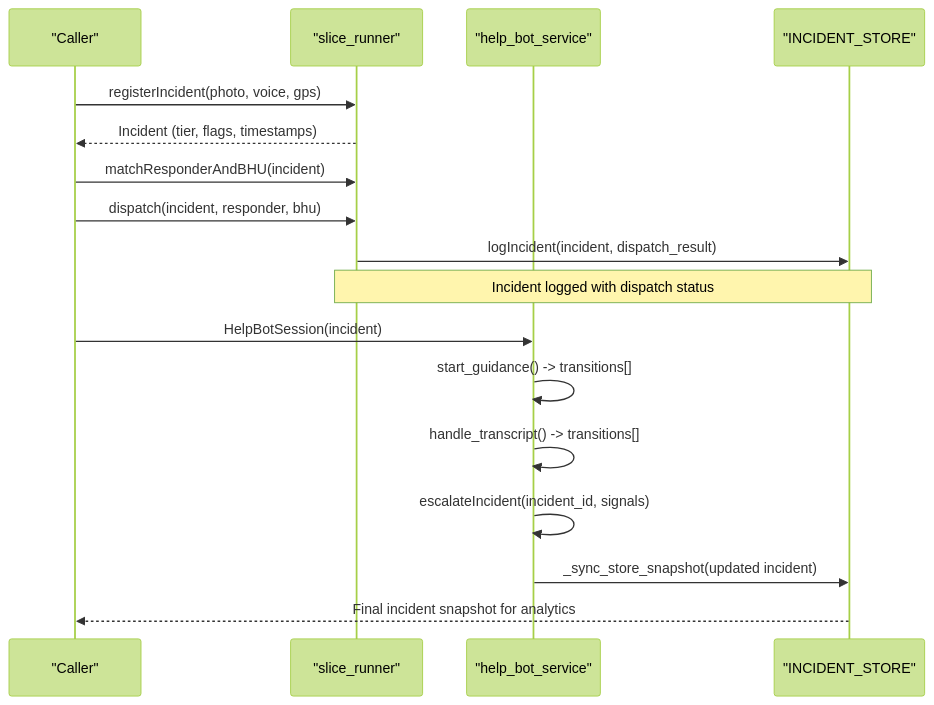
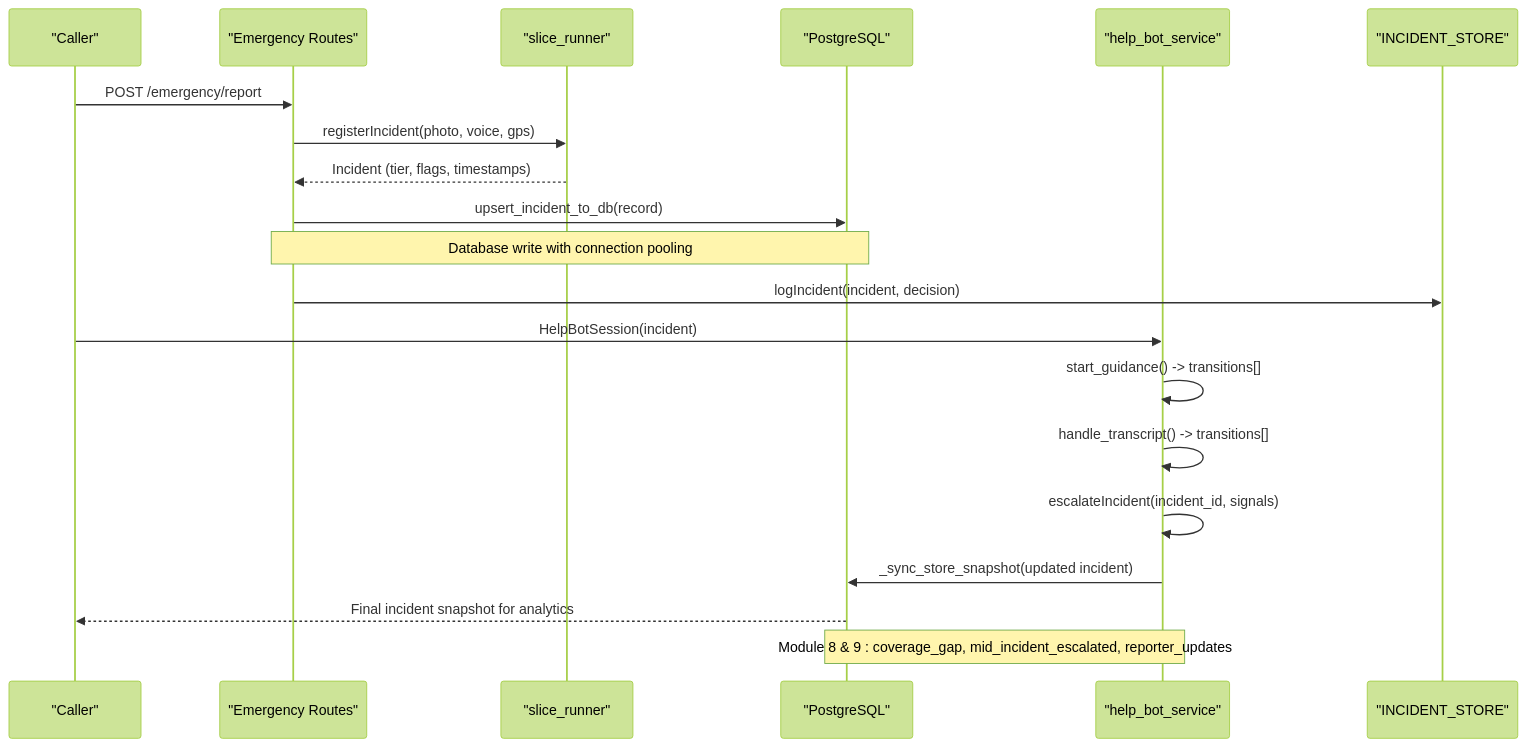
One commit to M-Rumman/LifeLine-Ride changed the second of 7 diagrams in .qoder/repowiki/en/content/Incident & Outcome Tracking.md. Above: the diagram before and after it, drawn with Mermaid (forest theme). The commit also changed other lines of this file and 4121 other files, not shown here.

````diff
--- a/.qoder/repowiki/en/content/Incident & Outcome Tracking.md
+++ b/.qoder/repowiki/en/content/Incident & Outcome Tracking.md
@@ -74,19 +100,22 @@
 ```mermaid
 sequenceDiagram
 participant App as "Caller"
+participant Route as "Emergency Routes"
 participant SR as "slice_runner"
+participant DB as "PostgreSQL"
 participant HB as "help_bot_service"
 participant Store as "INCIDENT_STORE"
-App->>SR : registerIncident(photo, voice, gps)
-SR-->>App : Incident (tier, flags, timestamps)
-App->>SR : matchResponderAndBHU(incident)
-App->>SR : dispatch(incident, responder, bhu)
-SR->>Store : logIncident(incident, dispatch_result)
-Note over SR,Store : Incident logged with dispatch status
+App->>Route : POST /emergency/report
+Route->>SR : registerIncident(photo, voice, gps)
+SR-->>Route : Incident (tier, flags, timestamps)
+Route->>DB : upsert_incident_to_db(record)
+Note over Route,DB : Database write with connection pooling
+Route->>Store : logIncident(incident, decision)
 App->>HB : HelpBotSession(incident)
 HB->>HB : start_guidance() -> transitions[]
 HB->>HB : handle_transcript() -> transitions[]
 HB->>HB : escalateIncident(incident_id, signals)
-HB->>Store : _sync_store_snapshot(updated incident)
-Store-->>App : Final incident snapshot for analytics
+HB->>DB : _sync_store_snapshot(updated incident)
+DB-->>App : Final incident snapshot for analytics
+Note over HB,DB : Module 8 & 9 : coverage_gap, mid_incident_escalated, reporter_updates
 ```
````
